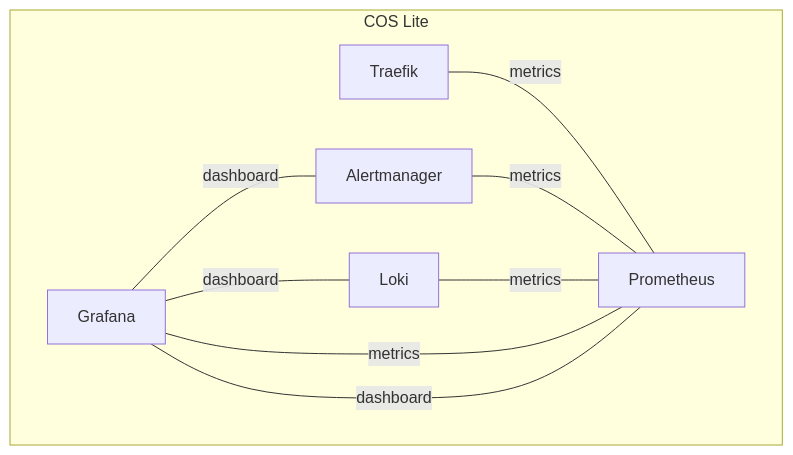
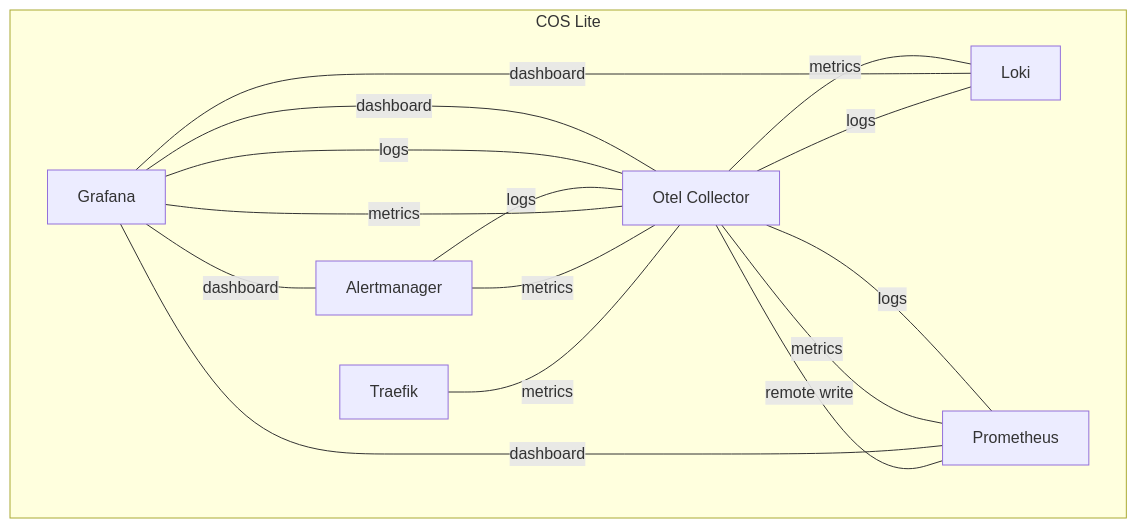
Before and after one commit to canonical/observability-stack: the third of 3 diagrams in docs/explanation/architecture/cos-lite-model-topology.md, drawn with Mermaid. The commit also changed other lines of this file and 25 other files, not shown here.

````diff
--- a/docs/explanation/architecture/cos-lite-model-topology.md
+++ b/docs/explanation/architecture/cos-lite-model-topology.md
@@ -91,30 +100,42 @@
 ```{mermaid}
 graph TD
 
 subgraph cos_lite["COS Lite"]
 
   alrt[Alertmanager]
   click alrt "https://github.com/canonical/alertmanager-k8s-operator"
 
   graf[Grafana]
   click graf "https://github.com/canonical/grafana-k8s-operator"
 
   prom[Prometheus]
   click prom "https://github.com/canonical/prometheus-k8s-operator"
 
   loki[Loki]
   click loki "https://github.com/canonical/loki-k8s-operator"
 
+  otelcol[Otel Collector]
+  click otelcol "https://github.com/canonical/opentelemetry-collector-k8s-operator"
+
   trfk[Traefik]
   click trfk "https://github.com/canonical/traefik-k8s-operator"
 
-  trfk --- |metrics| prom
-  alrt --- |metrics| prom
-  loki --- |metrics| prom
-  graf --- |metrics| prom
+  trfk --- |metrics| otelcol
+  alrt --- |metrics| otelcol
+  loki --- |metrics| otelcol
+  graf --- |metrics| otelcol
+  prom --- |metrics| otelcol
+
+  alrt --- |logs| otelcol
+  graf --- |logs| otelcol
+  prom --- |logs| otelcol
+
+  otelcol --- |remote write| prom
+  otelcol --- |logs| loki
 
   graf --- |dashboard| loki
   graf --- |dashboard| prom
   graf --- |dashboard| alrt
+  graf --- |dashboard| otelcol
 end
 ```
````
